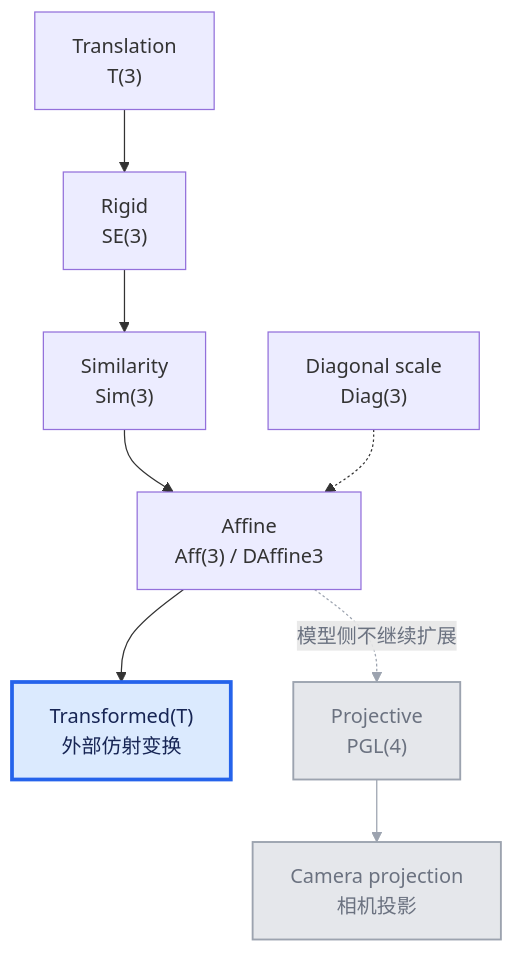
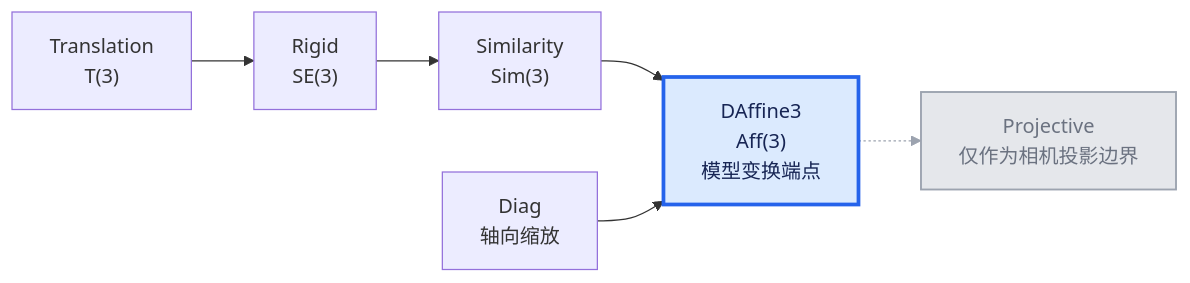
Before and after one commit to AzurIce/ranim: the diagram in book/src/understand/core/transformed.md, drawn with Mermaid. The commit also changed other lines of this file and 14 other files, not shown here.

````diff
--- a/book/src/understand/core/transformed.md
+++ b/book/src/understand/core/transformed.md
@@ -87,16 +20,14 @@
 ```mermaid
-flowchart TD
-    T["Translation<br/>T(3)"] --> SE["Rigid<br/>SE(3)"]
-    SE --> SIM["Similarity<br/>Sim(3)"]
-    SIM --> AFF["Affine<br/>Aff(3) / DAffine3"]
-    DIAG["Diagonal scale<br/>Diag(3)"] -.-> AFF
-    AFF --> MODEL["Transformed(T)<br/>外部仿射变换"]
-    AFF -.->|"模型侧不继续扩展"| PROJ["Projective<br/>PGL(4)"]
-    PROJ --> CAMERA["Camera projection<br/>相机投影"]
+flowchart LR
+    T["Translation<br/>T(3)"] --> R["Rigid<br/>SE(3)"]
+    R --> S["Similarity<br/>Sim(3)"]
+    S --> A["DAffine3<br/>Aff(3)<br/>模型变换端点"]
+    D["Diag<br/>轴向缩放"] --> A
+    A -.-> P["Projective<br/>仅作为相机投影边界"]
 
-    classDef transformed fill:#dbeafe,stroke:#2563eb,stroke-width:3px,color:#172554
-    classDef outOfScope fill:#e5e7eb,stroke:#9ca3af,stroke-width:1.5px,color:#6b7280
-    class MODEL transformed
-    class PROJ,CAMERA outOfScope
-    linkStyle 5,6 stroke:#9ca3af,color:#6b7280
+    classDef endpoint fill:#dbeafe,stroke:#2563eb,stroke-width:3px,color:#172554
+    classDef boundary fill:#e5e7eb,stroke:#9ca3af,stroke-width:1.5px,color:#6b7280
+    class A endpoint
+    class P boundary
+    linkStyle 4 stroke:#9ca3af,color:#6b7280
 ```
````
